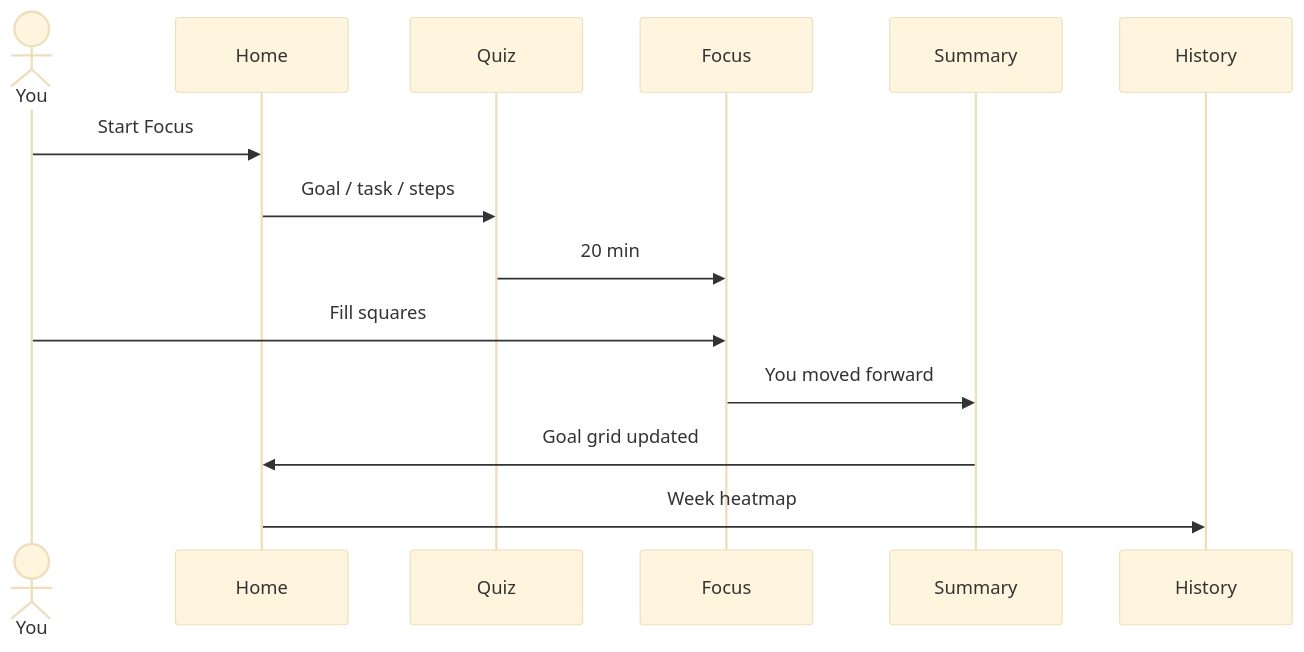
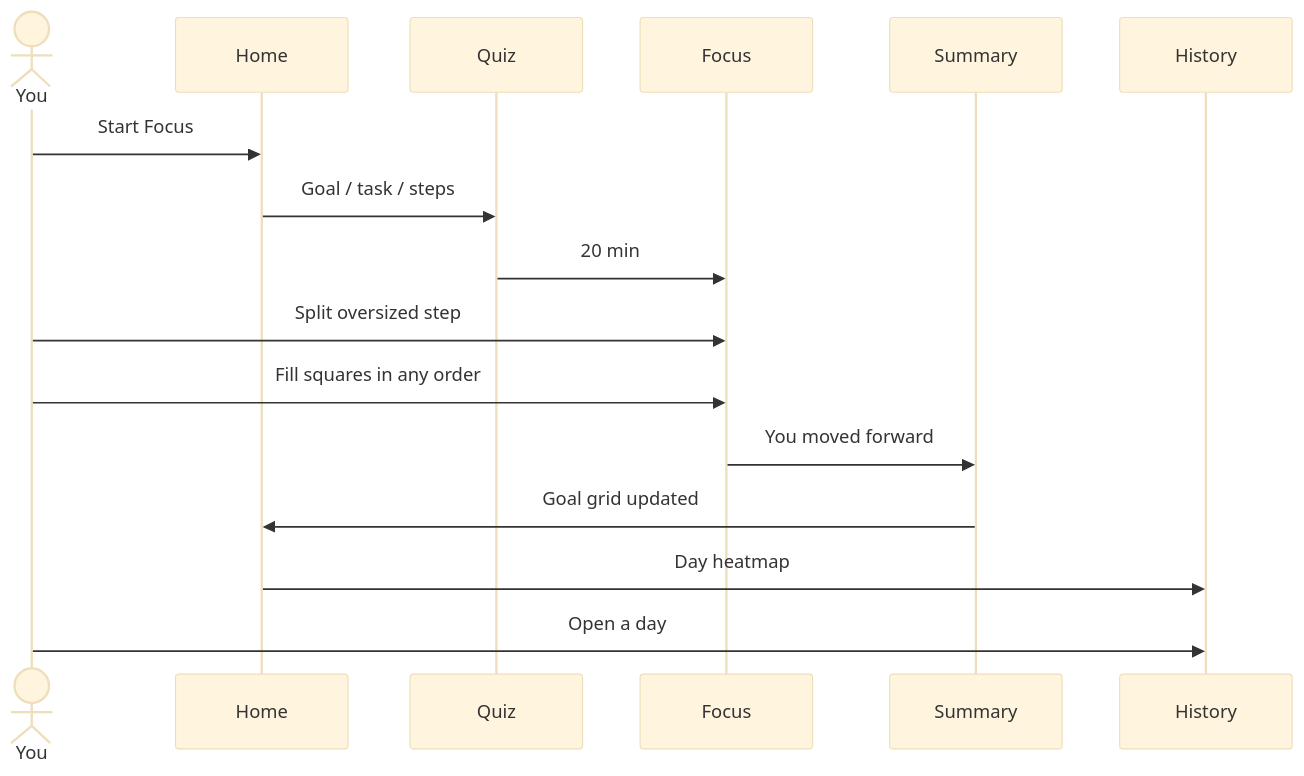
The diagram in cases/squares/docs/flows/focus-loop.md (littlewhywhat/legal-360), drawn with Mermaid (base theme) before and after one commit. The commit also changed other lines of this file and 2 other files, not shown here.

Commit message:
feat: split oversized squares and day heatmap drill-down
Focus lists session steps in any order with Split on too-big ones.
History shows many squares per day; tap a day for counts by task.

````diff
--- a/cases/squares/docs/flows/focus-loop.md
+++ b/cases/squares/docs/flows/focus-loop.md
@@ -16,17 +16,19 @@
 ```mermaid
 sequenceDiagram
   actor You
   participant Home
   participant Quiz
   participant Focus
   participant Summary
   participant History
 
   You->>Home: Start Focus
   Home->>Quiz: Goal / task / steps
   Quiz->>Focus: 20 min
-  You->>Focus: Fill squares
+  You->>Focus: Split oversized step
+  You->>Focus: Fill squares in any order
   Focus->>Summary: You moved forward
   Summary->>Home: Goal grid updated
-  Home->>History: Week heatmap
+  Home->>History: Day heatmap
+  You->>History: Open a day
 ```
````
